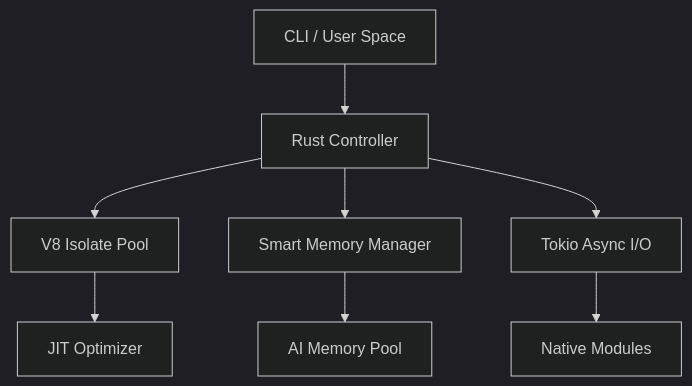
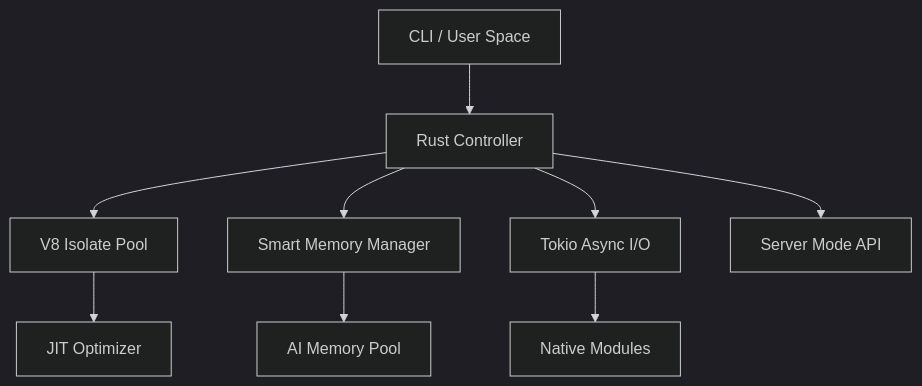
One commit to zh30/beejs changed the diagram in README.md. Above: the diagram before and after it, drawn with Mermaid (dark theme). The commit also changed other lines of this file and 7 other files, not shown here.

````diff
--- a/README.md
+++ b/README.md
@@ -122,10 +118,11 @@
 ```mermaid
 graph TD
     A[CLI / User Space] --> B[Rust Controller]
     B --> C[V8 Isolate Pool]
     B --> D[Smart Memory Manager]
     B --> E[Tokio Async I/O]
     C --> F[JIT Optimizer]
     D --> G[AI Memory Pool]
     E --> H[Native Modules]
+    B --> I[Server Mode API]
 ```
````
